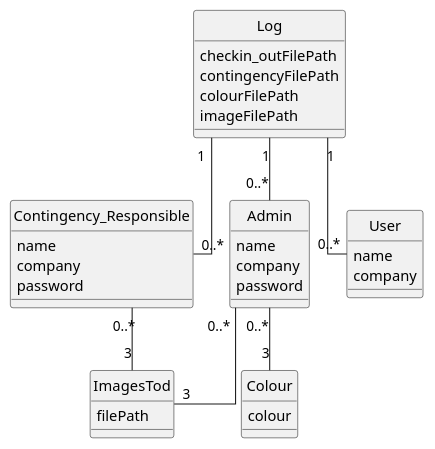
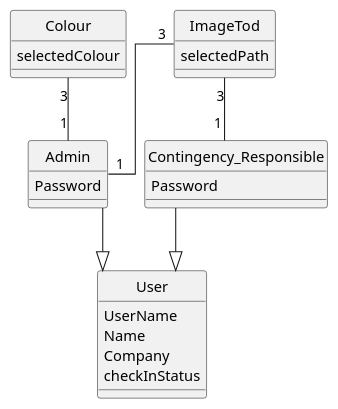
One commit to ToothbrushPenguin/DM-GettingReal-1.Semester changed the diagram in Diagrams/New/DomainModel.plantuml. Above: the diagram before and after it, drawn with PlantUML. The commit also changed 14 other files, not shown here.

```diff
--- a/Diagrams/New/DomainModel.plantuml
+++ b/Diagrams/New/DomainModel.plantuml
@@ -1,58 +1,47 @@
 @startuml
 
 skinparam classAttributeIconSize 0
 skinparam style strictuml
 skinparam linetype ortho
 
-' Place Log at the top
-class Log {
-    checkin_outFilePath
-    contingencyFilePath
-    colourFilePath
-    imageFilePath
-}
+
 
 ' Group the user classes
-together {
-    class User {
-        name
-        company
+class User {
+        UserName
+        Name
+        Company
+        checkInStatus
+       
     }
+    
+    class Admin {
+        Password
+    }
+    
+    class Contingency_Responsible {
+        Password
+    }
+    
+    class Colour {
+        selectedColour
+    }
+    
+    class ImageTod {
+        selectedPath
+    }
+    
+    Admin --|> User
+    Contingency_Responsible --|> User
 
-    class Admin {
-        name
-        company
-        password
-    }
+    ImageTod "3"--"1" Contingency_Responsible
+    ImageTod "3"--"1" Admin
 
-    class Contingency_Responsible {
-        name
-        company
-        password
-    }
-}
-
-' Place Contingency at the bottom
-class ImagesTod {
-    filePath
+    Colour "3" -- "1" Admin
     
-}
-class Colour{
-colour
-}
-
-' Connect to Log at top
-User "0..*" -up- "1" Log
-Admin "0..*" -up- "1" Log
-Contingency_Responsible "0..*" -up- "1" Log
-
-' Connect to Contingency at bottom
-Contingency_Responsible "0..*" -down- "3" ImagesTod
-Admin "0..*" -down- "3" ImagesTod
 
 
-Admin "0..*" -down- "3" Colour
 
 
 
 @enduml
```
